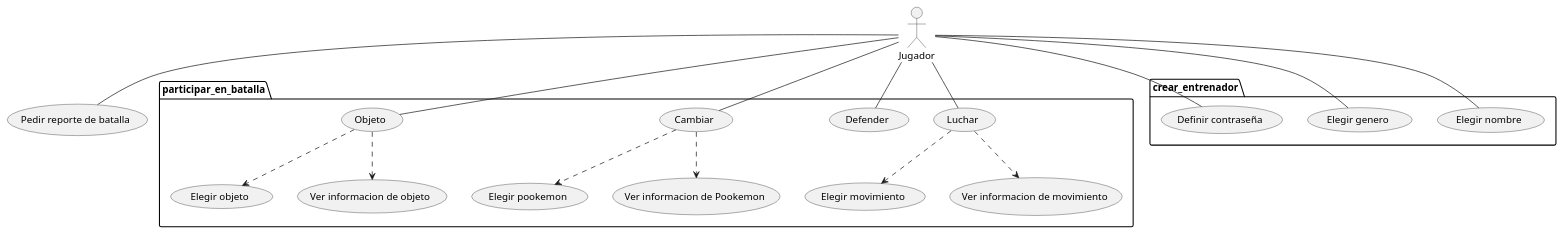
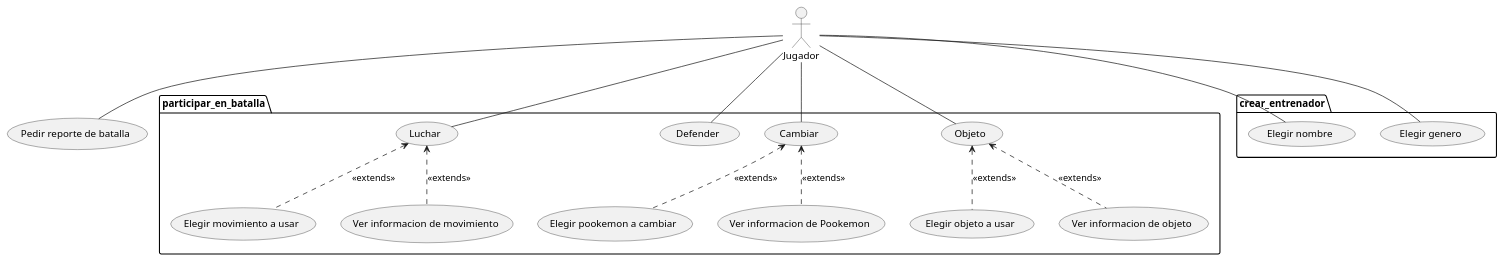
Before and after one commit to Edmh1/Poo-Kemon-proyecto: the diagram in 5 diagramas de casos de uso/Jugador.plantuml, drawn with PlantUML. The commit also changed 1 other file, not shown here.

```diff
--- a/5 diagramas de casos de uso/Jugador.plantuml
+++ b/5 diagramas de casos de uso/Jugador.plantuml
@@ -1,43 +1,41 @@
 @startuml Jugador
 
 actor Jugador
 
 package participar_en_batalla{
     usecase "Luchar" as luc
     usecase "Defender" as def
     usecase "Cambiar" as cam 
     usecase "Objeto" as obj
-    usecase "Elegir movimiento" as eleMov
+    usecase "Elegir movimiento a usar" as eleMov
     usecase "Ver informacion de movimiento" as verInfMov
-    usecase "Elegir pookemon" as elePoo
+    usecase "Elegir pookemon a cambiar" as elePoo
     usecase "Ver informacion de Pookemon" as verInfPoo
-    usecase "Elegir objeto" as eleObj
+    usecase "Elegir objeto a usar" as eleObj
     usecase "Ver informacion de objeto" as verInfObj
 }
 
 Jugador -- obj
-obj ..> eleObj
-obj ..> verInfObj 
+obj <.. eleObj: <<extends>>
+obj <.. verInfObj : <<extends>>
 Jugador -- cam
-cam ..> elePoo
-cam ..> verInfPoo
+cam <.. elePoo : <<extends>>
+cam <.. verInfPoo : <<extends>>
 Jugador -- luc
-luc ..> eleMov
-luc ..> verInfMov
+luc <.. eleMov : <<extends>>
+luc <.. verInfMov : <<extends>>
 Jugador -- def
 
 package crear_entrenador{
     usecase "Elegir nombre" as eleNom
     usecase "Elegir genero" as eleGen
-    usecase "Definir contraseña" as defCon
 }
 
 Jugador -- eleNom
 Jugador -- eleGen
-Jugador -- defCon
 
 usecase "Pedir reporte de batalla" as pedRepBat
 
 Jugador -- pedRepBat
 
 @enduml
```
